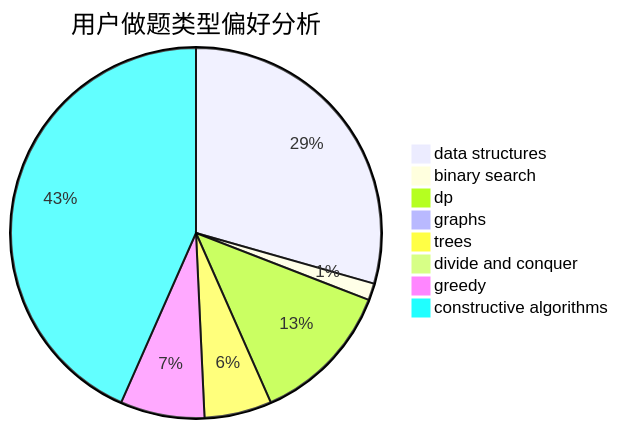
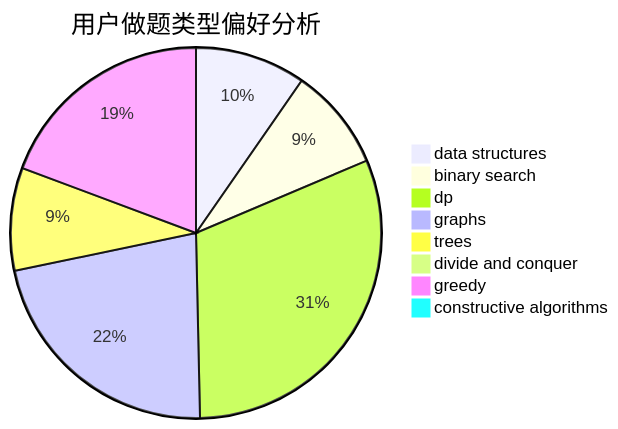
One commit to sherpahu/cfrs.github.io changed the second of 3 diagrams in docs/user/u1915.md. Above: the diagram before and after it, drawn with Mermaid. The commit also changed other lines of this file and 2770 other files, not shown here.

````diff
--- a/docs/user/u1915.md
+++ b/docs/user/u1915.md
@@ -23,11 +23,11 @@
 ```mermaid
 pie title 用户做题类型偏好分析
-    "data structures" :  40
-    "binary search" :  2
-    "dp" :  17
-    "graphs" :  0
-    "trees" :  8
+    "data structures" :  14
+    "binary search" :  13
+    "dp" :  45
+    "graphs" :  32
+    "trees" :  13
     "divide and conquer" :  0
-    "greedy" :  10
-    "constructive algorithms" :  59
+    "greedy" :  28
+    "constructive algorithms" :  0
 ```
````
